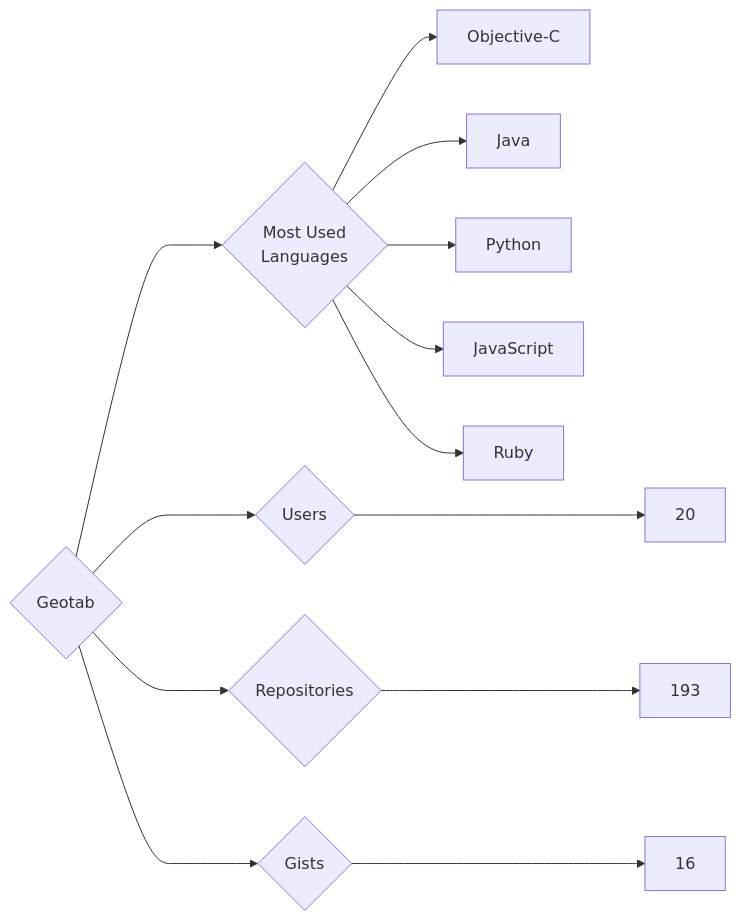
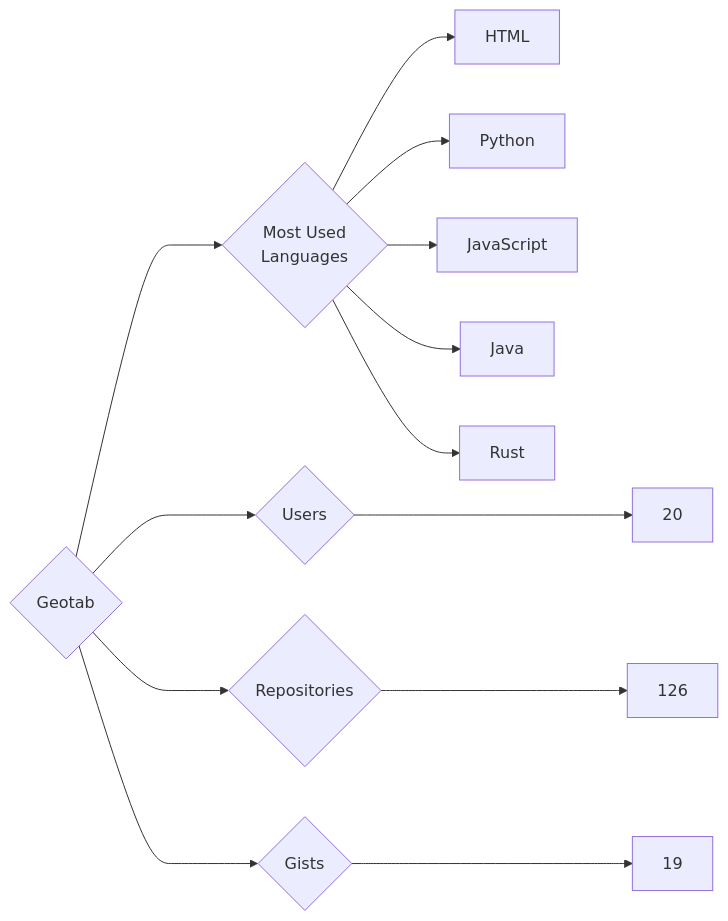
The diagram in targets/Geotab/README.md (trickest/insiders), drawn with Mermaid before and after one commit. The commit also changed 838 other files, not shown here.

````diff
--- a/targets/Geotab/README.md
+++ b/targets/Geotab/README.md
@@ -3,13 +3,13 @@
 ```mermaid
 graph LR
 COMPANY_NAME{Geotab}
 COMPANY_NAME ---> U{Users} ---> UN[20]
-COMPANY_NAME ---> R{Repositories} ---> RN[193]
-COMPANY_NAME ---> G{Gists} ---> GN[16]
+COMPANY_NAME ---> R{Repositories} ---> RN[126]
+COMPANY_NAME ---> G{Gists} ---> GN[19]
 COMPANY_NAME ---> ML{Most Used<br>Languages}
-ML --> Objective-C[Objective-C]
-ML --> Java[Java]
+ML --> HTML[HTML]
 ML --> Python[Python]
 ML --> JavaScript[JavaScript]
-ML --> Ruby[Ruby]
+ML --> Java[Java]
+ML --> Rust[Rust]
 ```
````
